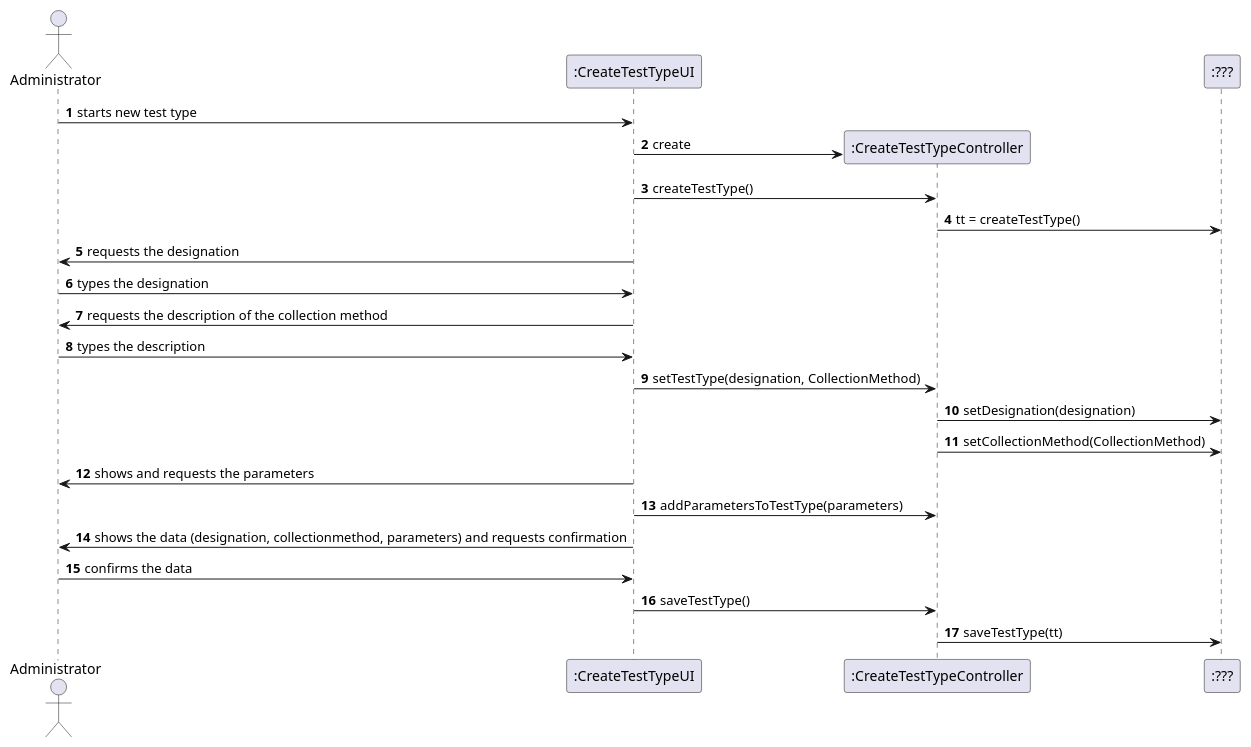
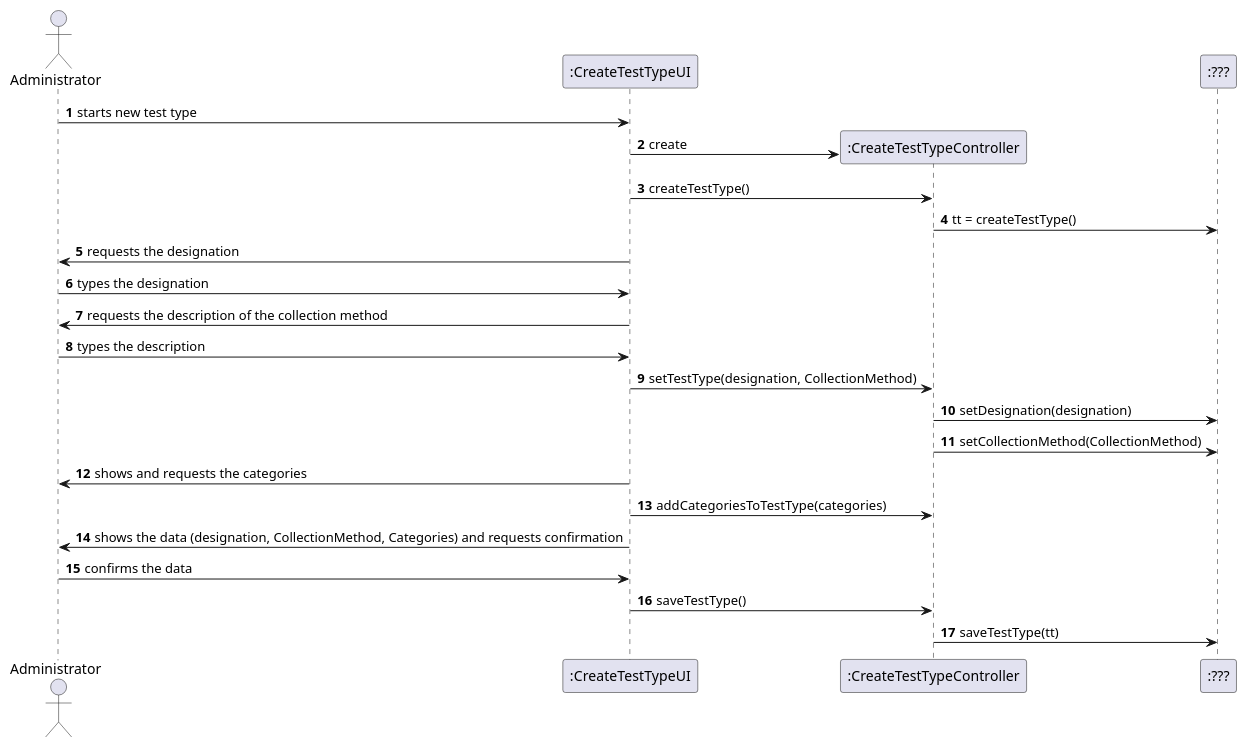
One commit to MadDinosaur/ISEP-LAPR2 changed the diagram in docs/SprintB/US9/US9_SD.puml. Above: the diagram before and after it, drawn with PlantUML. The commit also changed 6 other files, not shown here.

```diff
--- a/docs/SprintB/US9/US9_SD.puml
+++ b/docs/SprintB/US9/US9_SD.puml
@@ -1,36 +1,36 @@
 @startuml
 
 
 autonumber
 
 actor Administrator
 
 Administrator -> ":CreateTestTypeUI": starts new test type
 create ":CreateTestTypeController"
 ":CreateTestTypeUI" -> ":CreateTestTypeController": create
 ":CreateTestTypeUI" -> ":CreateTestTypeController": createTestType()
 ":CreateTestTypeController" -> ":???": tt = createTestType()
 
 ":CreateTestTypeUI" -> Administrator: requests the designation
 Administrator -> ":CreateTestTypeUI": types the designation
 ":CreateTestTypeUI" -> Administrator: requests the description of the collection method
 Administrator -> ":CreateTestTypeUI": types the description
 
 ":CreateTestTypeUI" -> ":CreateTestTypeController": setTestType(designation, CollectionMethod)
 ":CreateTestTypeController" -> ":???": setDesignation(designation)
 ":CreateTestTypeController" -> ":???": setCollectionMethod(CollectionMethod)
 
-":CreateTestTypeUI" -> Administrator: shows and requests the parameters
+":CreateTestTypeUI" -> Administrator: shows and requests the categories
 
-":CreateTestTypeUI" -> ":CreateTestTypeController": addParametersToTestType(parameters)
+":CreateTestTypeUI" -> ":CreateTestTypeController": addCategoriesToTestType(categories)
 
-":CreateTestTypeUI" -> Administrator: shows the data (designation, collectionmethod, parameters) and requests confirmation
+":CreateTestTypeUI" -> Administrator: shows the data (designation, CollectionMethod, Categories) and requests confirmation
 Administrator -> ":CreateTestTypeUI": confirms the data
 ":CreateTestTypeUI" -> ":CreateTestTypeController": saveTestType()
 ":CreateTestTypeController" -> ":???": saveTestType(tt)
 
 
 
 
 
 @enduml
```
